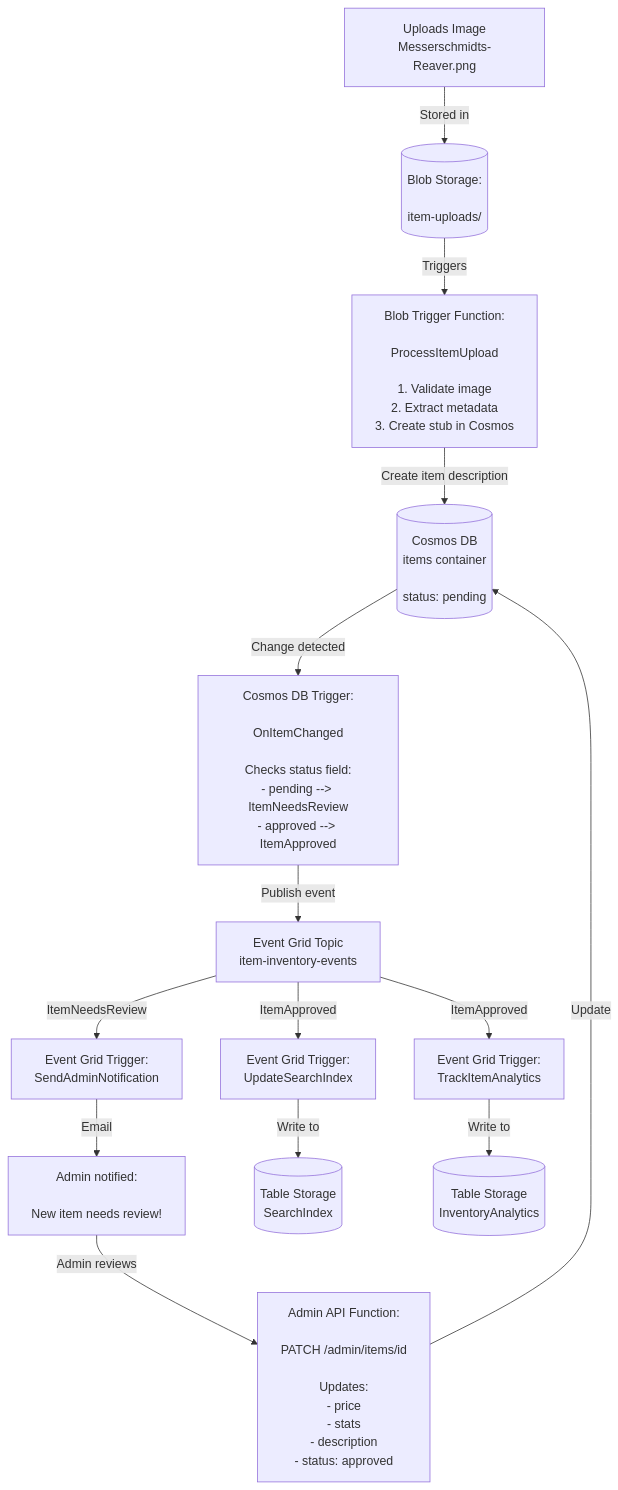
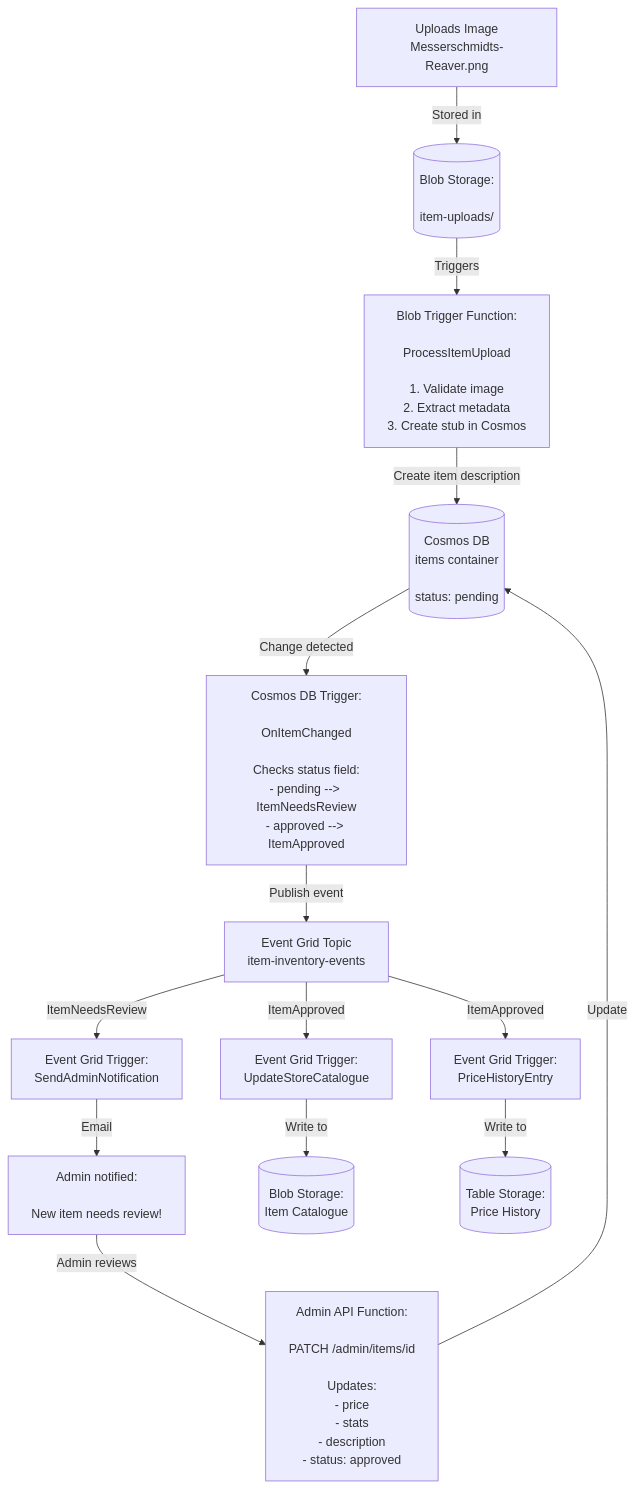
One commit to gruvedrift/azure-functions changed the diagram in 3-Event-Driven-Data-Processing/README.md. Above: the diagram before and after it, drawn with Mermaid. The commit also changed other lines of this file and 1 other file, not shown here.

````diff
--- a/3-Event-Driven-Data-Processing/README.md
+++ b/3-Event-Driven-Data-Processing/README.md
@@ -93,22 +82,22 @@
 ```mermaid
 graph TD
     Upload[Uploads Image<br/>Messerschmidts-Reaver.png]
     Upload -->|Stored in| BlobStorage[(Blob Storage:</br><br/>item-uploads/)]
     BlobStorage -->|Triggers| BlobTrigger[Blob Trigger Function:</br><br/>ProcessItemUpload<br/><br/>1. Validate image<br/>2. Extract metadata<br/>3. Create stub in Cosmos]
     BlobTrigger -->|Create item description| CosmosDB[(Cosmos DB<br/>items container<br/><br/>status: pending)]
     CosmosDB -->|Change detected| CosmosTrigger[Cosmos DB Trigger:</br><br/>OnItemChanged<br/><br/>Checks status field:<br/>- pending --> ItemNeedsReview<br/>- approved --> ItemApproved]
     
     CosmosTrigger -->|Publish event| EventGrid[Event Grid Topic<br/>item-inventory-events]
     EventGrid -->|ItemNeedsReview|NotifyAdmin[Event Grid Trigger:<br/>SendAdminNotification]
     NotifyAdmin -->|Email|AdminEmail[Admin notified:</br><br/>New item needs review!]
 
     AdminEmail -->|Admin reviews|AdminAPI[Admin API Function:</br><br/>PATCH /admin/items/id<br/><br/>Updates:<br/>- price<br/>- stats<br/>- description<br/>- status: approved]
     AdminAPI -->|Update|CosmosDB
 
-    %% Update Search Index
-    EventGrid -->|ItemApproved|SearchIndex[Event Grid Trigger:<br/>UpdateSearchIndex]
-    EventGrid -->|ItemApproved|Analytics[Event Grid Trigger:<br/>TrackItemAnalytics]
+    %% Add item to store catalog 
+    EventGrid -->|ItemApproved|StoreCatalogue[Event Grid Trigger:<br/>UpdateStoreCatalogue]
+    EventGrid -->|ItemApproved|PriceTable[Event Grid Trigger:<br/>PriceHistoryEntry]
 
-    SearchIndex -->|Write to|SearchTable[(Table Storage<br/>SearchIndex)]
-    Analytics -->|Write to|AnalyticsTable[(Table Storage<br/>InventoryAnalytics)]
+    StoreCatalogue -->|Write to|StoreCatalogueBlob[(Blob Storage:<br/>Item Catalogue)]
+    PriceTable -->|Write to|PriceHistoryTable[(Table Storage:<br/>Price History)]
 ```
````
